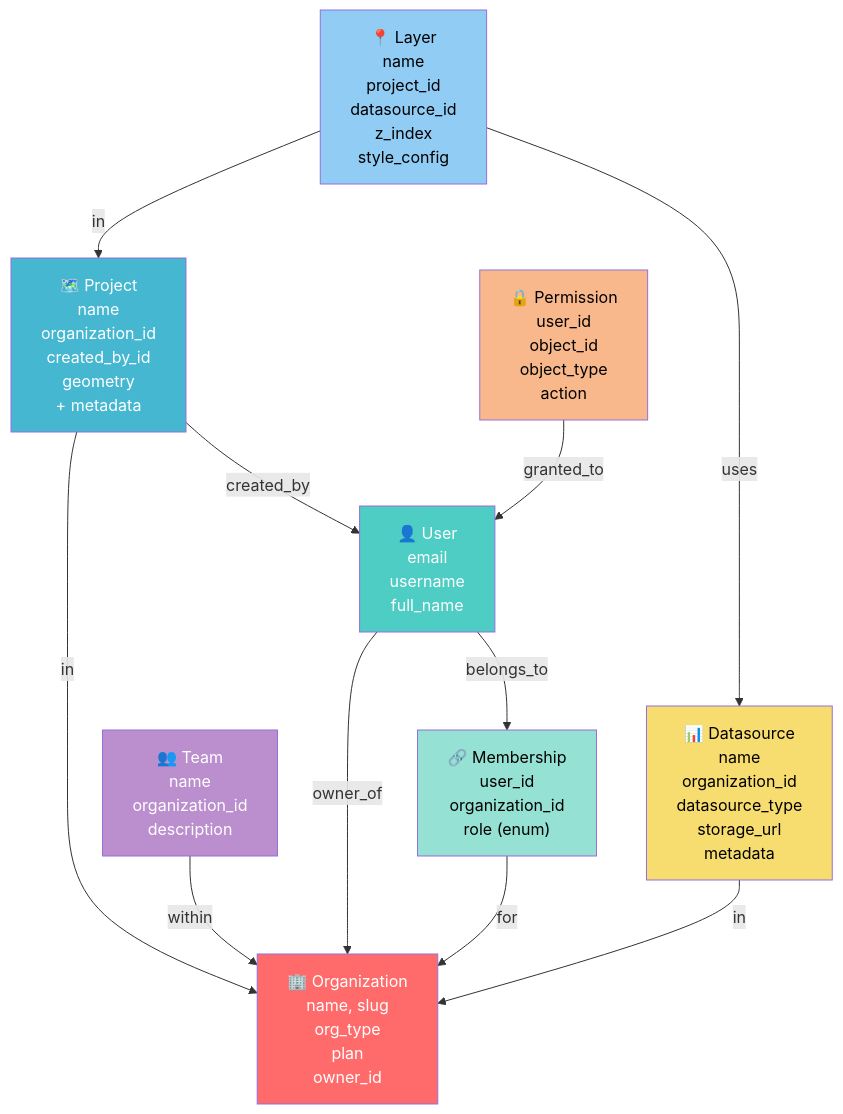
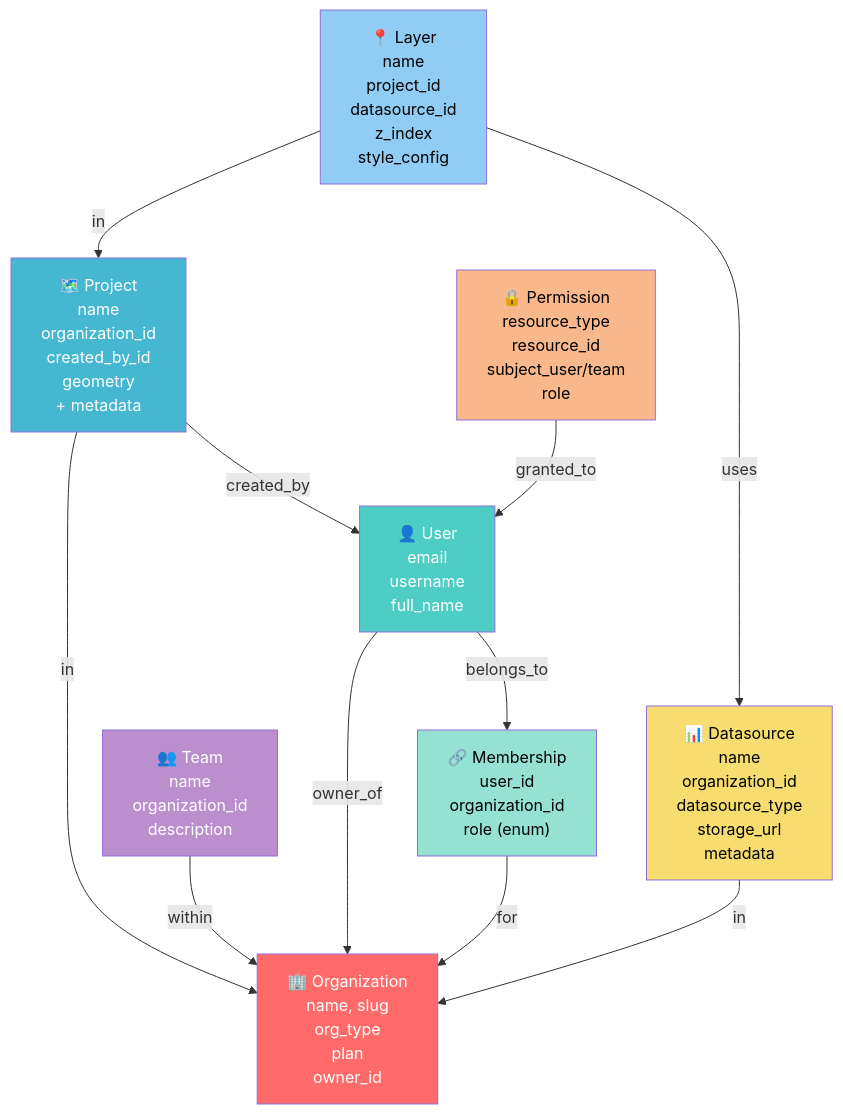
The diagram in docs/architecture.md (moisessalgado/coordgeo-backend), drawn with Mermaid before and after one commit. The commit also changed other lines of this file and 7 other files, not shown here.

````diff
--- a/docs/architecture.md
+++ b/docs/architecture.md
@@ -81,38 +71,38 @@
 ```mermaid
 graph TB
     User["👤 User<br/>email<br/>username<br/>full_name"]
     
     Org["🏢 Organization<br/>name, slug<br/>org_type<br/>plan<br/>owner_id"]
     
     Membership["🔗 Membership<br/>user_id<br/>organization_id<br/>role (enum)"]
     
     Team["👥 Team<br/>name<br/>organization_id<br/>description"]
     
     Project["🗺️ Project<br/>name<br/>organization_id<br/>created_by_id<br/>geometry<br/>+ metadata"]
     
     Layer["📍 Layer<br/>name<br/>project_id<br/>datasource_id<br/>z_index<br/>style_config"]
     
     Datasource["📊 Datasource<br/>name<br/>organization_id<br/>datasource_type<br/>storage_url<br/>metadata"]
     
-    Permission["🔒 Permission<br/>user_id<br/>object_id<br/>object_type<br/>action"]
+    Permission["🔒 Permission<br/>resource_type<br/>resource_id<br/>subject_user/team<br/>role"]
     
     User -->|owner_of| Org
     User -->|belongs_to| Membership
     Membership -->|for| Org
     Team -->|within| Org
     Project -->|in| Org
     Project -->|created_by| User
     Layer -->|in| Project
     Layer -->|uses| Datasource
     Datasource -->|in| Org
     Permission -->|granted_to| User
     
     style Org fill:#ff6b6b,color:#fff
     style User fill:#4ecdc4,color:#fff
     style Membership fill:#95e1d3,color:#000
     style Project fill:#45b7d1,color:#fff
     style Layer fill:#90ccf4,color:#000
     style Datasource fill:#f7dc6f,color:#000
     style Team fill:#bb8fce,color:#fff
     style Permission fill:#f8b88b,color:#000
 ```
````
